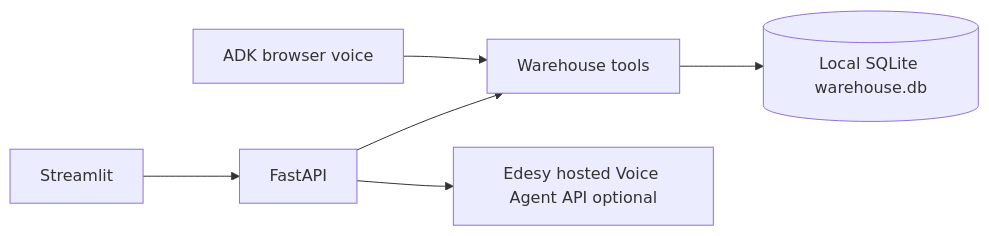
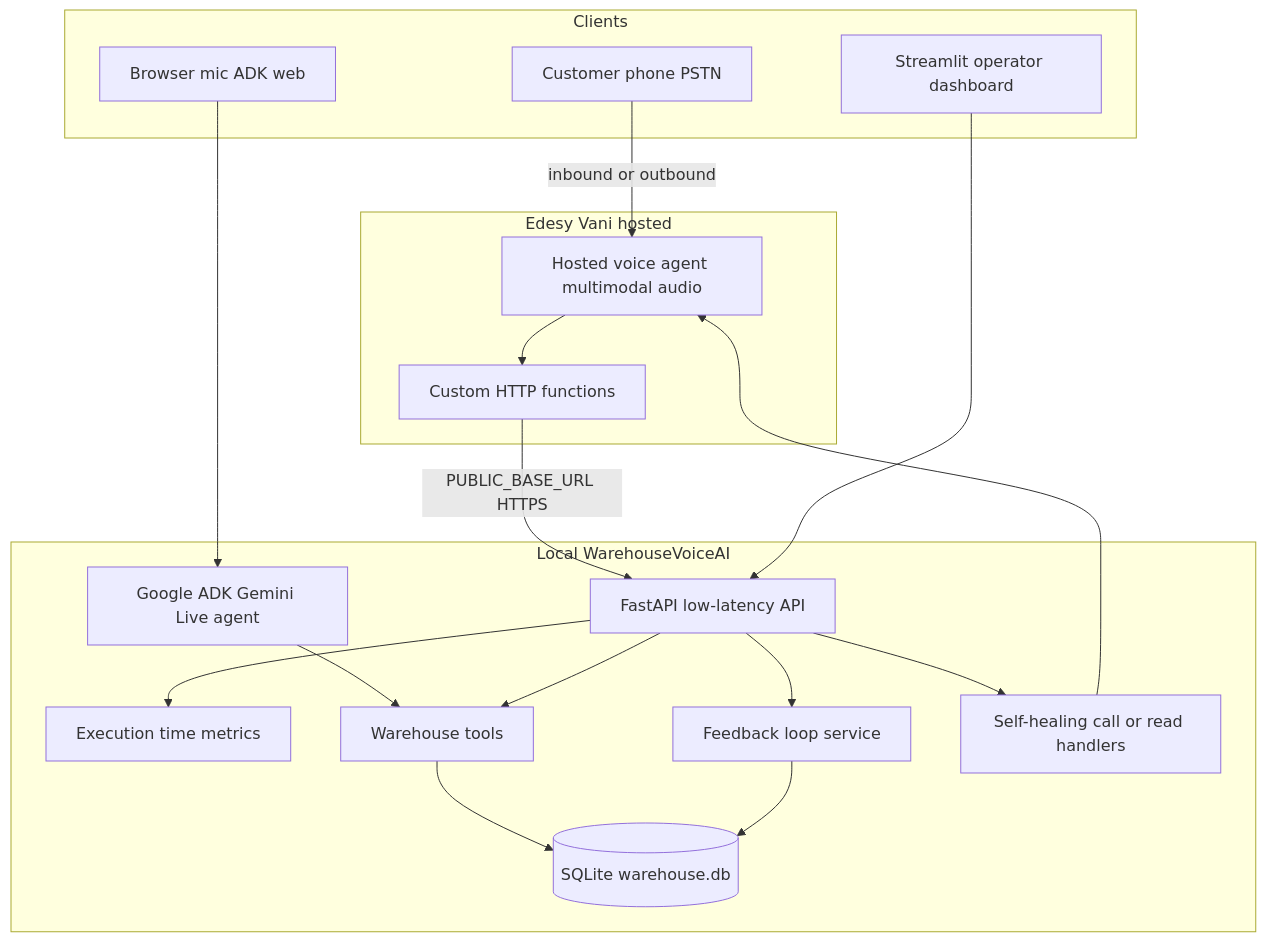
One commit to MANISH120904/Agentic-AI-warehouse changed the diagram in README.md. Above: the diagram before and after it, drawn with Mermaid. The commit also changed other lines of this file and 4 other files, not shown here.

First line of the commit message:
Add multimodal README highlights, self-healing notes, and latency metrics

````diff
--- a/README.md
+++ b/README.md
@@ -15,8 +16,37 @@
 ```mermaid
-flowchart LR
-  Dash[Streamlit] --> API[FastAPI]
-  ADK[ADK browser voice] --> Tools[Warehouse tools]
+flowchart TB
+  subgraph clients [Clients]
+    Phone[Customer phone PSTN]
+    BrowserMic[Browser mic ADK web]
+    Ops[Streamlit operator dashboard]
+  end
+
+  subgraph edesyCloud [Edesy Vani hosted]
+    VoiceAgent[Hosted voice agent multimodal audio]
+    HttpTools[Custom HTTP functions]
+  end
+
+  subgraph localApp [Local WarehouseVoiceAI]
+    API[FastAPI low-latency API]
+    Timing[Execution time metrics]
+    Tools[Warehouse tools]
+    Feedback[Feedback loop service]
+    Heal[Self-healing call or read handlers]
+    ADK[Google ADK Gemini Live agent]
+    DB[(SQLite warehouse.db)]
+  end
+
+  Phone -->|inbound or outbound| VoiceAgent
+  VoiceAgent --> HttpTools
+  HttpTools -->|PUBLIC_BASE_URL HTTPS| API
+  BrowserMic --> ADK
+  ADK --> Tools
+  Ops --> API
+  API --> Timing
   API --> Tools
-  Tools --> DB[(Local SQLite warehouse.db)]
-  API --> Edesy[Edesy hosted Voice Agent API optional]
+  API --> Feedback
+  API --> Heal
+  Tools --> DB
+  Feedback --> DB
+  Heal --> VoiceAgent
 ```
````
